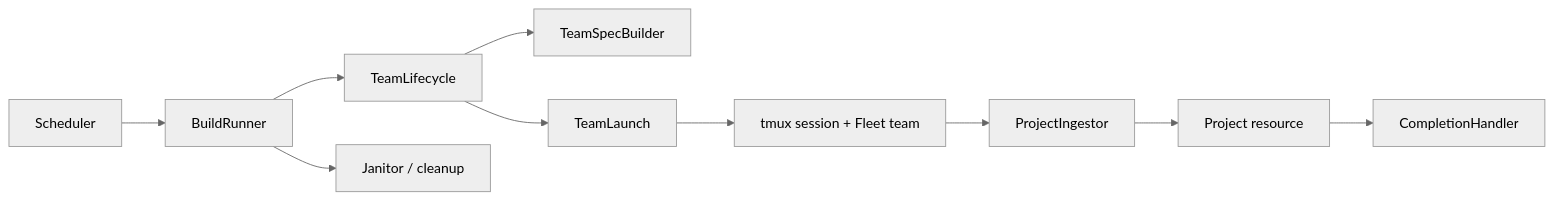
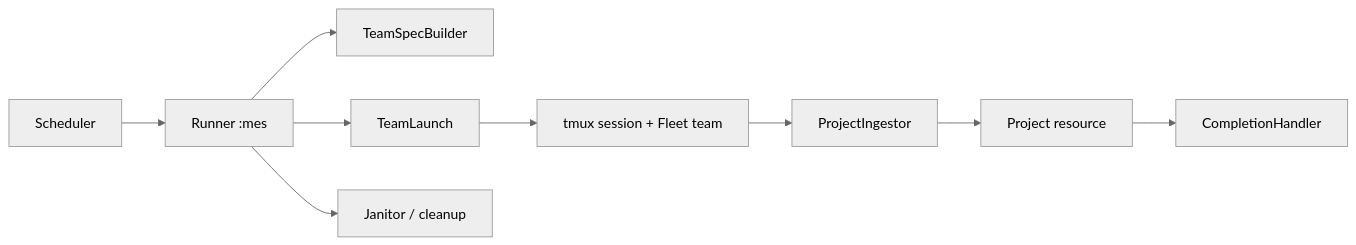
The fourth of 5 diagrams in lib/ichor/ARCHITECTURE.md (architects-of-type-IV/agent-observatory), drawn with Mermaid (neutral theme) before and after one commit. The commit also changed other lines of this file and 17 other files, not shown here.

````diff
--- a/lib/ichor/ARCHITECTURE.md
+++ b/lib/ichor/ARCHITECTURE.md
@@ -254,12 +249,11 @@
 ```mermaid
 flowchart LR
-  A[Scheduler] --> B[BuildRunner]
-  B --> C[TeamLifecycle]
-  C --> D[TeamSpecBuilder]
-  C --> E[TeamLaunch]
-  E --> F[tmux session + Fleet team]
-  F --> G[ProjectIngestor]
-  G --> H[Project resource]
-  H --> I[CompletionHandler]
-  B --> J[Janitor / cleanup]
+  A[Scheduler] --> B[Runner :mes]
+  B --> C[TeamSpecBuilder]
+  B --> D[TeamLaunch]
+  D --> E[tmux session + Fleet team]
+  E --> F[ProjectIngestor]
+  F --> G[Project resource]
+  G --> H[CompletionHandler]
+  B --> I[Janitor / cleanup]
 ```
````
